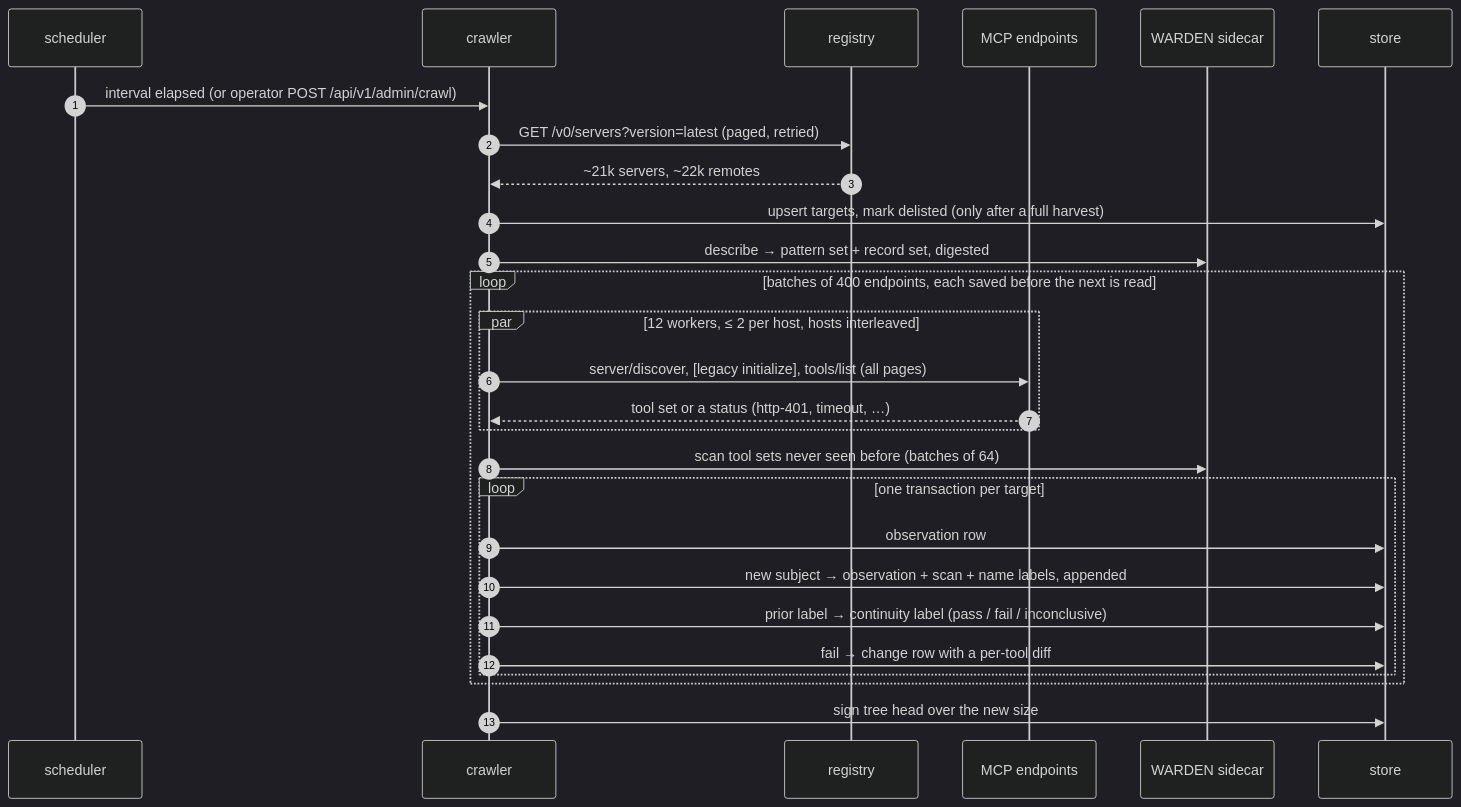
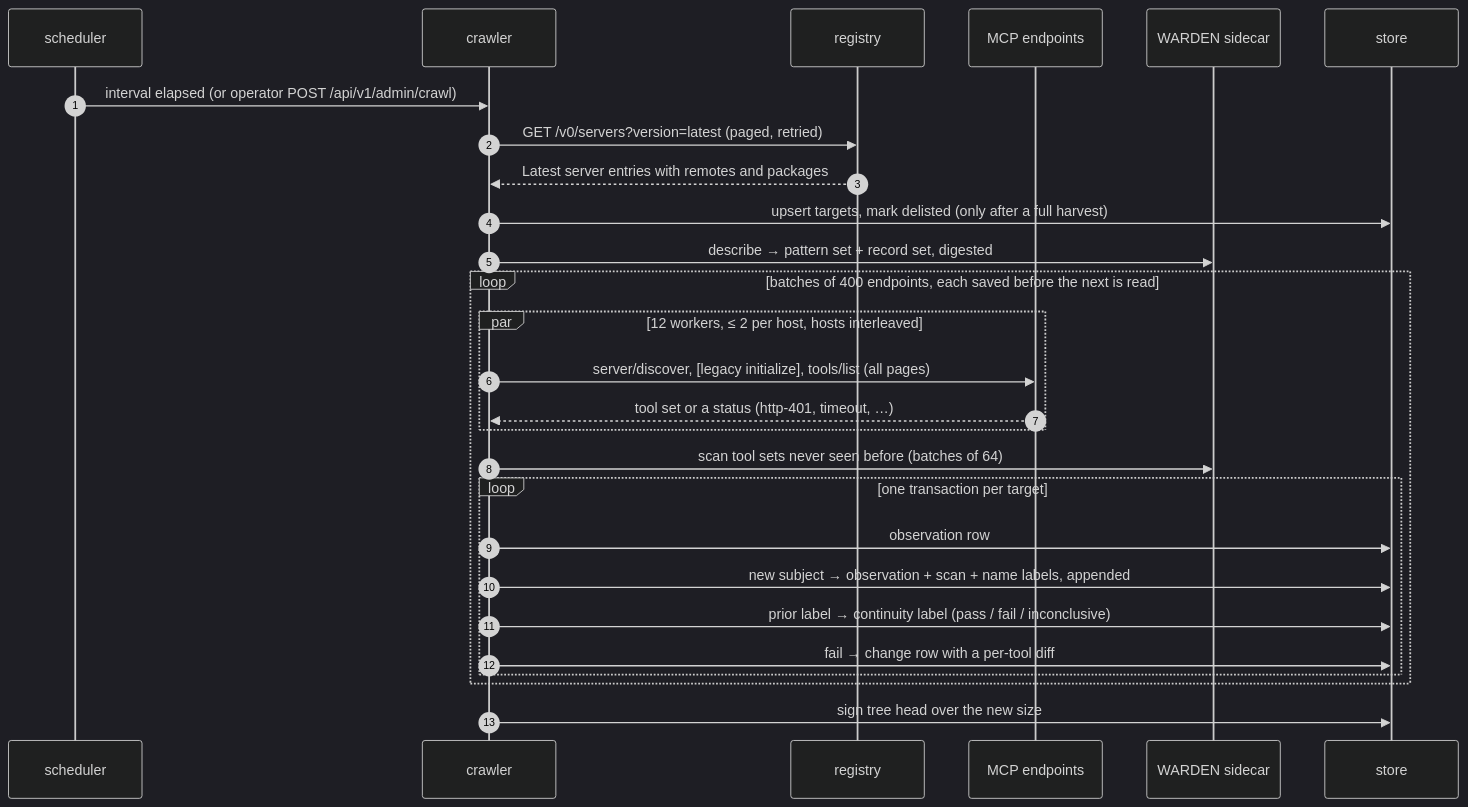
The second of 4 diagrams in docs/architecture.md (alexar76/histor), drawn with Mermaid (dark theme) before and after one commit. The commit also changed other lines of this file and 42 other files, not shown here.

````diff
--- a/docs/architecture.md
+++ b/docs/architecture.md
@@ -59,29 +59,29 @@
 ```mermaid
 sequenceDiagram
     autonumber
     participant S as scheduler
     participant C as crawler
     participant R as registry
     participant M as MCP endpoints
     participant W as WARDEN sidecar
     participant DB as store
     S->>C: interval elapsed (or operator POST /api/v1/admin/crawl)
     C->>R: GET /v0/servers?version=latest (paged, retried)
-    R-->>C: ~21k servers, ~22k remotes
+    R-->>C: Latest server entries with remotes and packages
     C->>DB: upsert targets, mark delisted (only after a full harvest)
     C->>W: describe → pattern set + record set, digested
     loop batches of 400 endpoints, each saved before the next is read
     par 12 workers, ≤ 2 per host, hosts interleaved
         C->>M: server/discover, [legacy initialize], tools/list (all pages)
         M-->>C: tool set or a status (http-401, timeout, …)
     end
     C->>W: scan tool sets never seen before (batches of 64)
     loop one transaction per target
         C->>DB: observation row
         C->>DB: new subject → observation + scan + name labels, appended
         C->>DB: prior label → continuity label (pass / fail / inconclusive)
         C->>DB: fail → change row with a per-tool diff
     end
     end
     C->>DB: sign tree head over the new size
 ```
````
